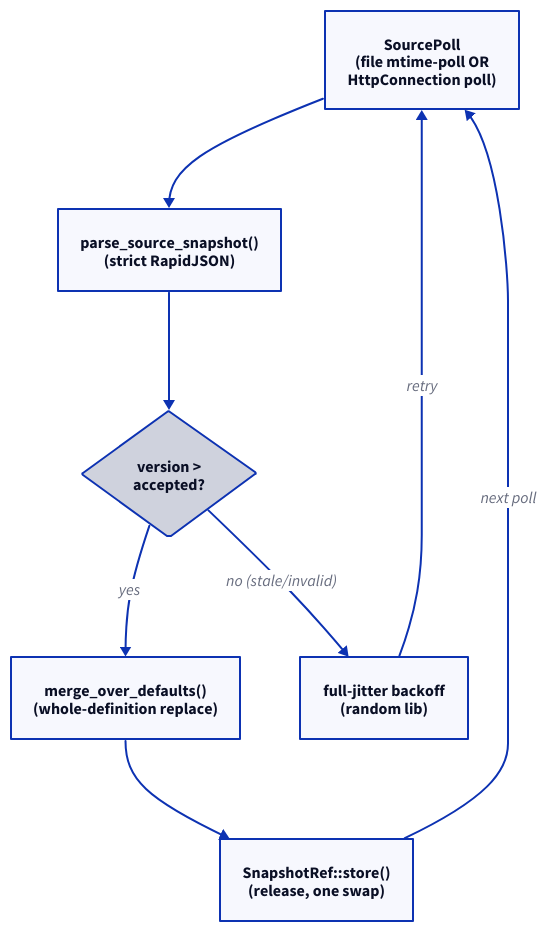
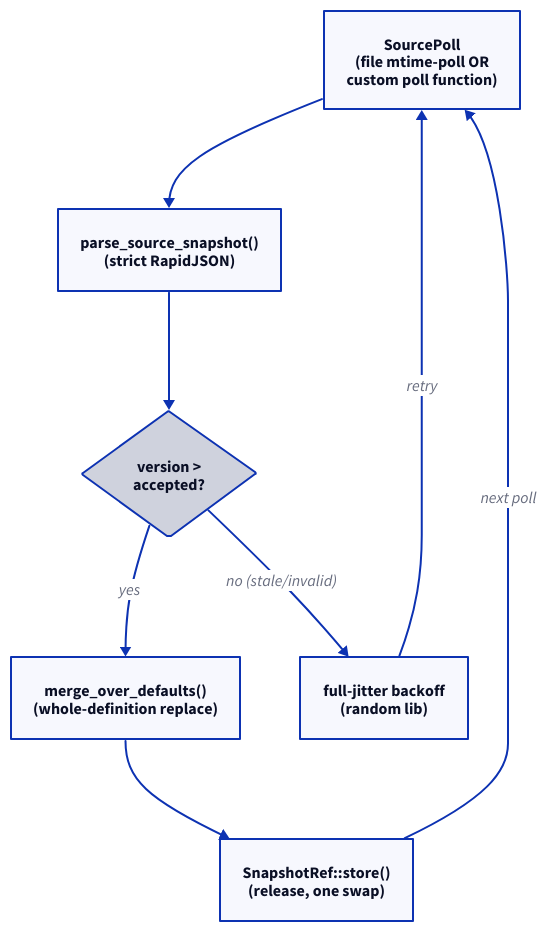
One commit to Kronuz/Detent changed the diagram in diagrams/05_update_path.d2. Above: the diagram before and after it, drawn with D2. The commit also changed 49 other files, not shown here.

```diff
--- a/diagrams/05_update_path.d2
+++ b/diagrams/05_update_path.d2
@@ -1,34 +1,34 @@
 # Section 7: the update path. A loop, not a one-shot pipeline -- laid out
 # as a cycle so that's visible at a glance.
 direction: down
 
-source: SourcePoll\n(file mtime-poll OR\nHttpConnection poll) {
+source: SourcePoll\n(file mtime-poll OR\ncustom poll function) {
   shape: rectangle
 }
 
 parse: parse_source_snapshot()\n(strict RapidJSON) {
   shape: rectangle
 }
 
 gate: version >\naccepted? {
   shape: diamond
 }
 
 merge: merge_over_defaults()\n(whole-definition replace) {
   shape: rectangle
 }
 
 publish: SnapshotRef::store()\n(release, one swap) {
   shape: rectangle
 }
 
 backoff: full-jitter backoff\n(random lib) {
   shape: rectangle
 }
 
 source -> parse -> gate
 gate -> merge: "yes"
 gate -> backoff: "no (stale/invalid)"
 merge -> publish
 publish -> source: "next poll"
 backoff -> source: "retry"
```
